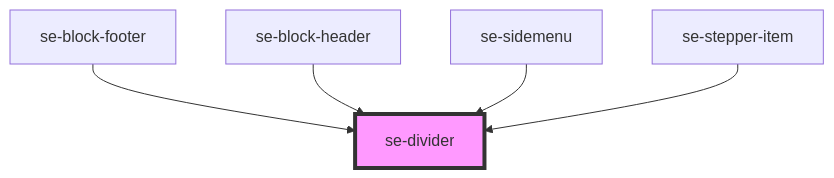
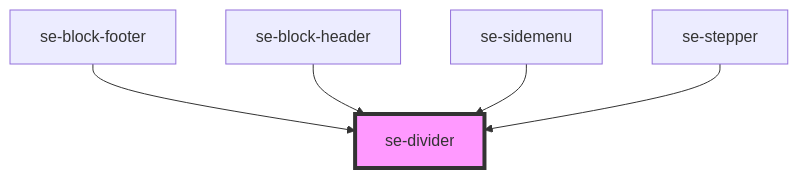
One commit to robbiemcmullense/se-web-ui changed the diagram in src-core/src/components/divider/readme.md. Above: the diagram before and after it, drawn with Mermaid. The commit also changed other lines of this file and 12 other files, not shown here.

Commit message:
move markup from stepper-item to stepper

````diff
--- a/src-core/src/components/divider/readme.md
+++ b/src-core/src/components/divider/readme.md
@@ -26,8 +26,8 @@
 ```mermaid
 graph TD;
   se-block-footer --> se-divider
   se-block-header --> se-divider
   se-sidemenu --> se-divider
-  se-stepper-item --> se-divider
+  se-stepper --> se-divider
   style se-divider fill:#f9f,stroke:#333,stroke-width:4px
 ```
````
